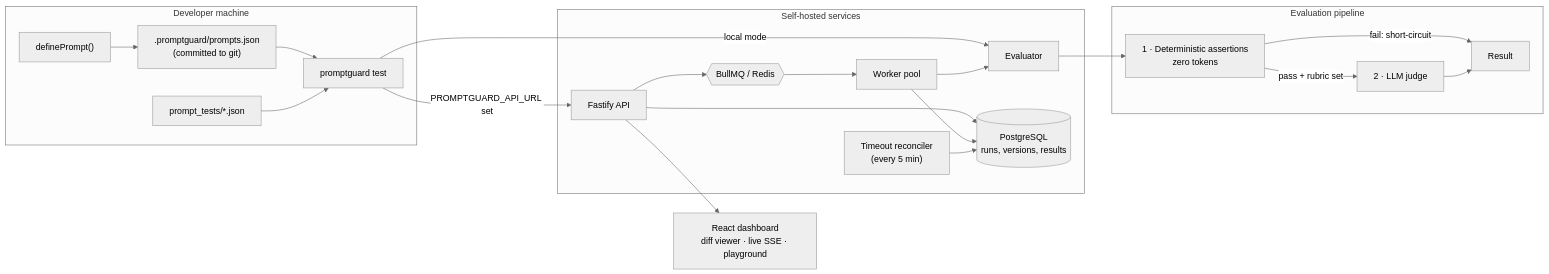
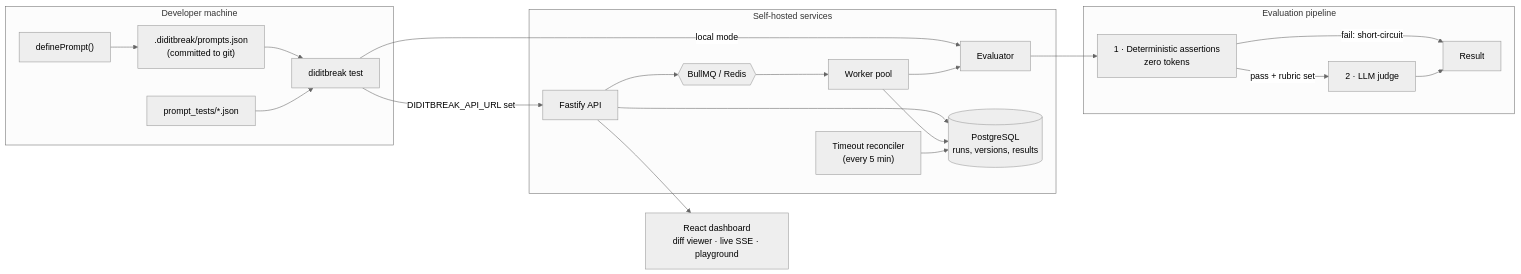
One commit to Avaya02/PromptGuard changed the diagram in README.md. Above: the diagram before and after it, drawn with Mermaid (neutral theme). The commit also changed other lines of this file and 99 other files, not shown here.

First line of the commit message:
Rename PromptGuard to diditbreak

````diff
--- a/README.md
+++ b/README.md
@@ -135,31 +135,31 @@
 ```mermaid
 flowchart LR
   subgraph dev["Developer machine"]
-    SDK["definePrompt()"] --> REG[".promptguard/prompts.json<br/>(committed to git)"]
+    SDK["definePrompt()"] --> REG[".diditbreak/prompts.json<br/>(committed to git)"]
     TESTS["prompt_tests/*.json"]
-    CLI["promptguard test"]
+    CLI["diditbreak test"]
     REG --> CLI
     TESTS --> CLI
   end
 
   CLI -->|"local mode"| EVAL
-  CLI -->|"PROMPTGUARD_API_URL set"| API
+  CLI -->|"DIDITBREAK_API_URL set"| API
 
   subgraph svc["Self-hosted services"]
     API["Fastify API"] --> PG[("PostgreSQL<br/>runs, versions, results")]
     API --> Q{{"BullMQ / Redis"}}
     Q --> W["Worker pool"]
     W --> EVAL["Evaluator"]
     W --> PG
     RECON["Timeout reconciler<br/>(every 5 min)"] --> PG
   end
 
   subgraph evalcore["Evaluation pipeline"]
     EVAL --> DET["1 · Deterministic assertions<br/>zero tokens"]
     DET -->|"fail: short-circuit"| OUT["Result"]
     DET -->|"pass + rubric set"| JUDGE["2 · LLM judge"]
     JUDGE --> OUT
   end
 
   API --> DASH["React dashboard<br/>diff viewer · live SSE · playground"]
 ```
````
